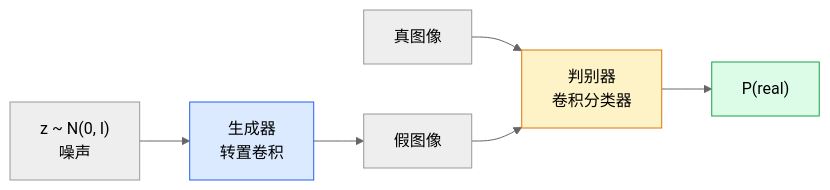
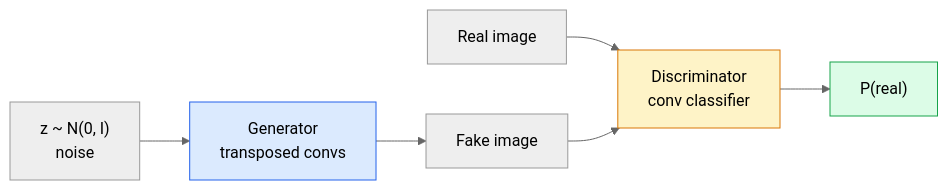
One commit to xiaojiaenen/ai-engineering-from-scratch-zh changed the first of 2 diagrams in i18n/zh/phases/04-computer-vision/09-image-generation-gans/docs/zh.md. Above: the diagram before and after it, drawn with Mermaid (neutral theme). The commit also changed other lines of this file and 28 other files, not shown here.

````diff
--- a/i18n/zh/phases/04-computer-vision/09-image-generation-gans/docs/zh.md
+++ b/i18n/zh/phases/04-computer-vision/09-image-generation-gans/docs/zh.md
@@ -29,12 +29,12 @@
 ```mermaid
 flowchart LR
-    Z["z ~ N(0, I)<br/>噪声"] --> G["生成器<br/>转置卷积"]
-    G --> FAKE["假图像"]
-    REAL["真图像"] --> D["判别器<br/>卷积分类器"]
+    Z["z ~ N(0, I)<br/>noise"] --> G["Generator<br/>transposed convs"]
+    G --> FAKE["Fake image"]
+    REAL["Real image"] --> D["Discriminator<br/>conv classifier"]
     FAKE --> D
     D --> OUT["P(real)"]
 
     style G fill:#dbeafe,stroke:#2563eb
     style D fill:#fef3c7,stroke:#d97706
     style OUT fill:#dcfce7,stroke:#16a34a
 ```
````
